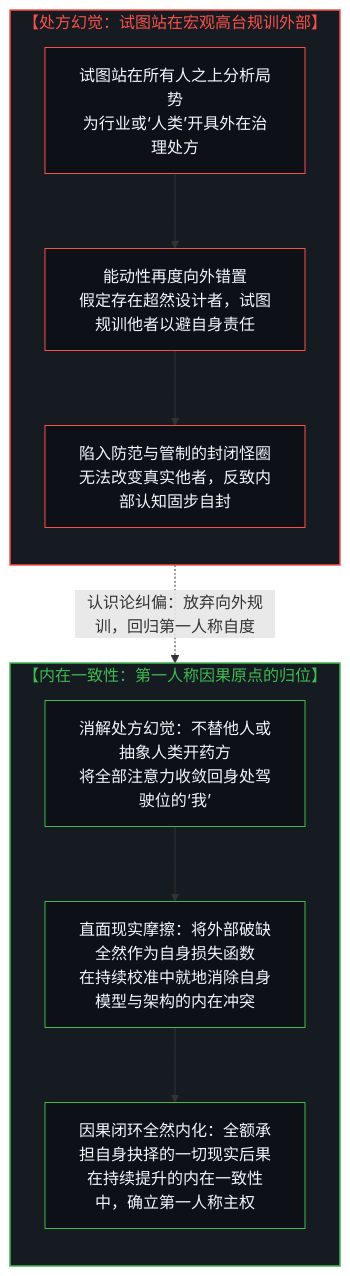
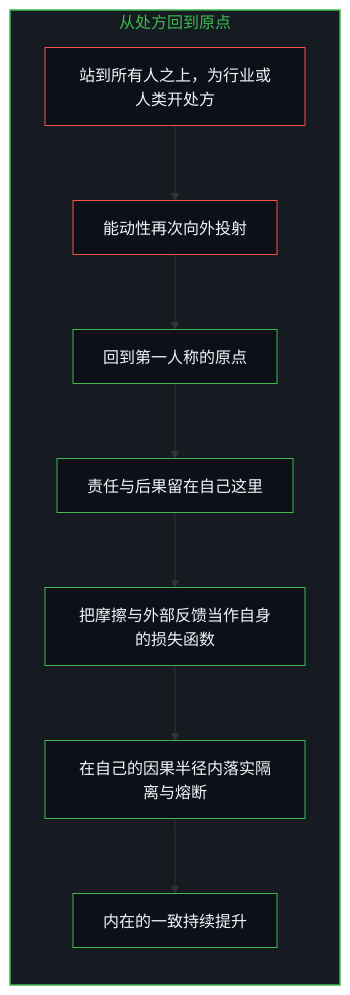
One commit to powerpig99/not-a-toe changed the ninth of 10 diagrams in content/posts/the-dilution-of-the-causal-loop-and-the-misallocation-of-agency.md. Above: the diagram before and after it, drawn with Mermaid. The commit also changed other lines of this file and 4 other files, not shown here.

Commit message:
Refine the-dilution-of-the-causal-loop: alternating bilingual layout, five paired diagrams, the incident as reported, implicit first person; five registry titles

````diff
--- a/content/posts/the-dilution-of-the-causal-loop-and-the-misallocation-of-agency.md
+++ b/content/posts/the-dilution-of-the-causal-loop-and-the-misallocation-of-agency.md
@@ -272,29 +319,28 @@
 ```mermaid
-graph TD
-    subgraph S_Prescription["【处方幻觉：试图站在宏观高台规训外部】"]
+flowchart TD
+    subgraph S_Origin["从处方回到原点"]
         direction TB
-        P1["试图站在所有人之上分析局势<br/>为行业或‘人类’开具外在治理处方"]
-        P2["能动性再度向外错置<br/>假定存在超然设计者，试图规训他者以避自身责任"]
-        P3["陷入防范与管制的封闭怪圈<br/>无法改变真实他者，反致内部认知固步自封"]
-        P1 --> P2 --> P3
+        Above["站到所有人之上，为行业或人类开处方"]
+        Again["能动性再次向外投射"]
+        Self["回到第一人称的原点"]
+        Own["责任与后果留在自己这里"]
+        Loss["把摩擦与外部反馈当作自身的损失函数"]
+        Radius["在自己的因果半径内落实隔离与熔断"]
+        Coherence["内在的一致持续提升"]
+        Above --> Again
+        Again --> Self
+        Self --> Own
+        Own --> Loss
+        Loss --> Radius
+        Radius --> Coherence
     end
 
-    subgraph S_FirstPerson["【内在一致性：第一人称因果原点的归位】"]
-        direction TB
-        F1["消解处方幻觉：不替他人或抽象人类开药方<br/>将全部注意力收敛回身处驾驶位的‘我’"]
-        F2["直面现实摩擦：将外部破缺全然作为自身损失函数<br/>在持续校准中就地消除自身模型与架构的内在冲突"]
-        F3["因果闭环全然内化：全额承担自身抉择的一切现实后果<br/>在持续提升的内在一致性中，确立第一人称主权"]
-        F1 --> F2 --> F3
-    end
-
-    P2 -.->|"认识论纠偏：放弃向外规训，回归第一人称自度"| F1
-
-    style S_Prescription fill:#161b22,stroke:#f85149,stroke-width:1.5px,color:#f85149
-    style S_FirstPerson fill:#161b22,stroke:#3fb950,stroke-width:1.5px,color:#3fb950
-    style P1 fill:#0d1117,stroke:#f85149,stroke-width:1px,color:#f0f6fc
-    style P2 fill:#0d1117,stroke:#f85149,stroke-width:1px,color:#f0f6fc
-    style P3 fill:#0d1117,stroke:#f85149,stroke-width:1px,color:#f0f6fc
-    style F1 fill:#0d1117,stroke:#3fb950,stroke-width:1px,color:#f0f6fc
-    style F2 fill:#0d1117,stroke:#3fb950,stroke-width:1px,color:#f0f6fc
-    style F3 fill:#0d1117,stroke:#3fb950,stroke-width:1px,color:#f0f6fc
+    style S_Origin fill:#161b22,stroke:#3fb950,stroke-width:1.5px,color:#3fb950
+    style Above fill:#0d1117,stroke:#f85149,stroke-width:1px,color:#f0f6fc
+    style Again fill:#0d1117,stroke:#f85149,stroke-width:1px,color:#f0f6fc
+    style Self fill:#0d1117,stroke:#3fb950,stroke-width:1px,color:#f0f6fc
+    style Own fill:#0d1117,stroke:#3fb950,stroke-width:1px,color:#f0f6fc
+    style Loss fill:#0d1117,stroke:#3fb950,stroke-width:1px,color:#f0f6fc
+    style Radius fill:#0d1117,stroke:#3fb950,stroke-width:1px,color:#f0f6fc
+    style Coherence fill:#0d1117,stroke:#3fb950,stroke-width:1px,color:#f0f6fc
 ```
````
